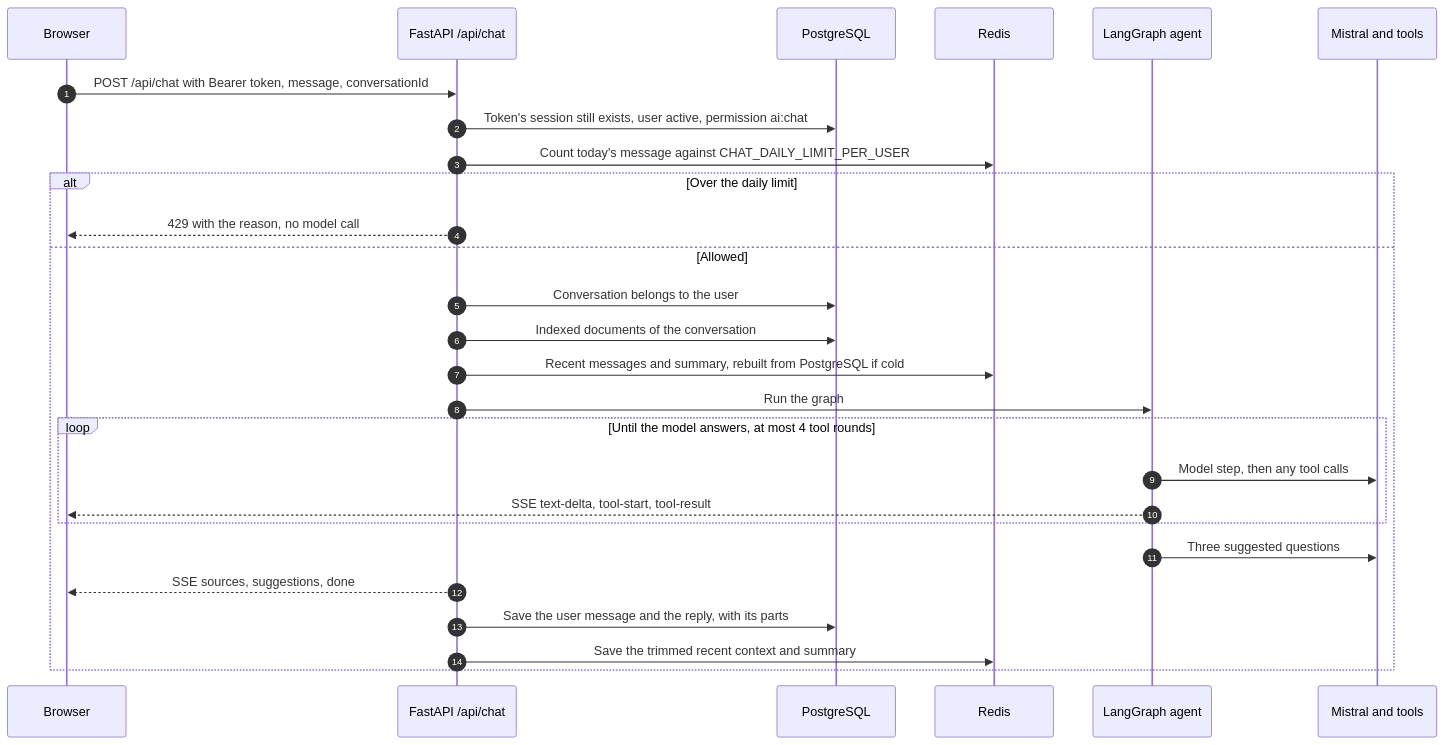
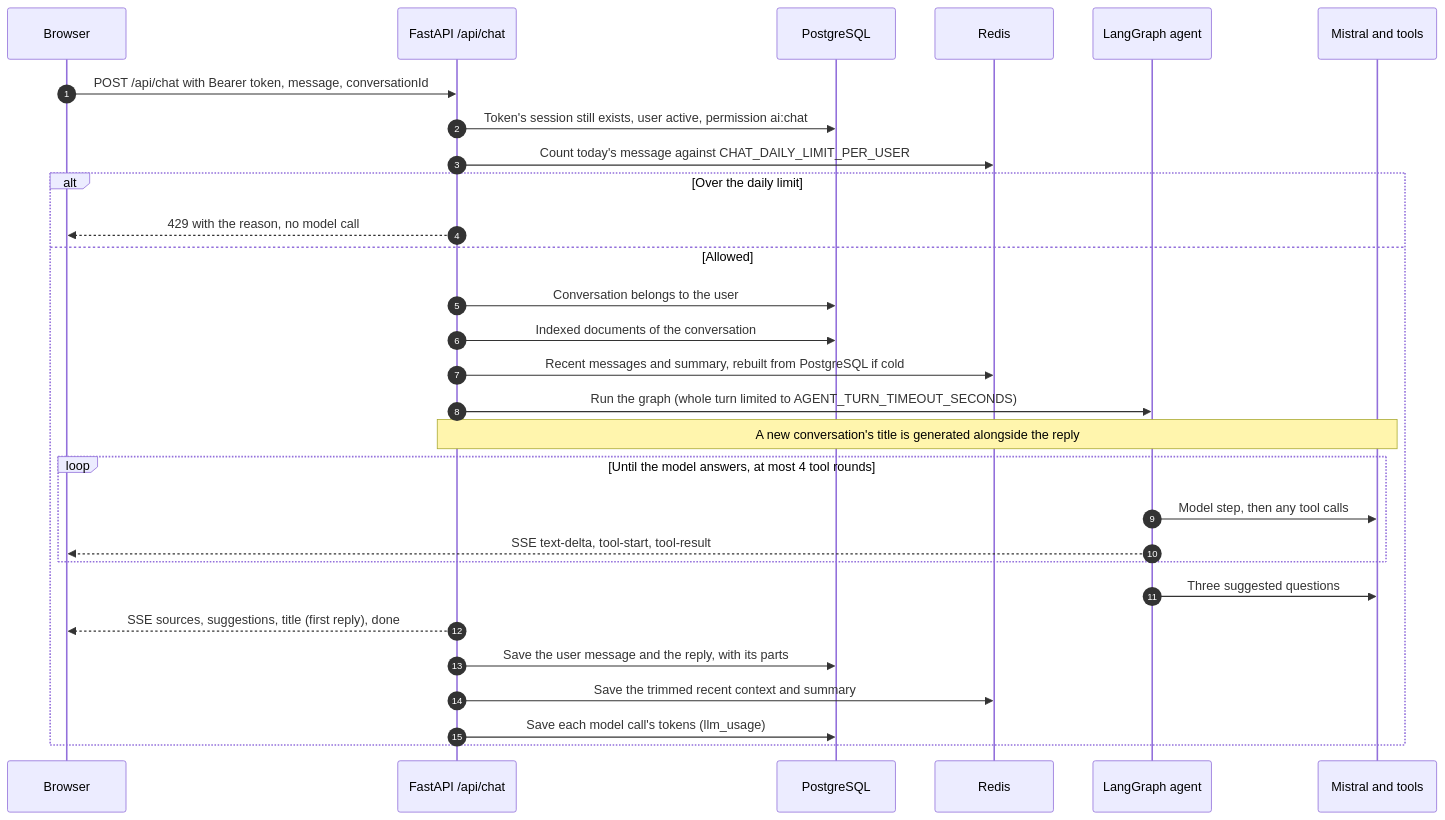
The first of 3 diagrams in backend/README.md (rxzin/chatbot), drawn with Mermaid before and after one commit. The commit also changed other lines of this file and 10 other files, not shown here.

First line of the commit message:
Show live titles, block reply images, and add the Usage admin tab

````diff
--- a/backend/README.md
+++ b/backend/README.md
@@ -96,30 +101,32 @@
 ```mermaid
 sequenceDiagram
   autonumber
   participant B as Browser
   participant A as FastAPI /api/chat
   participant P as PostgreSQL
   participant R as Redis
   participant G as LangGraph agent
   participant X as Mistral and tools
 
   B->>A: POST /api/chat with Bearer token, message, conversationId
   A->>P: Token's session still exists, user active, permission ai:chat
   A->>R: Count today's message against CHAT_DAILY_LIMIT_PER_USER
   alt Over the daily limit
     A-->>B: 429 with the reason, no model call
   else Allowed
     A->>P: Conversation belongs to the user
     A->>P: Indexed documents of the conversation
     A->>R: Recent messages and summary, rebuilt from PostgreSQL if cold
-    A->>G: Run the graph
+    A->>G: Run the graph (whole turn limited to AGENT_TURN_TIMEOUT_SECONDS)
+  Note over A,X: A new conversation's title is generated alongside the reply
     loop Until the model answers, at most 4 tool rounds
       G->>X: Model step, then any tool calls
       G-->>B: SSE text-delta, tool-start, tool-result
     end
     G->>X: Three suggested questions
-    A-->>B: SSE sources, suggestions, done
+    A-->>B: SSE sources, suggestions, title (first reply), done
     A->>P: Save the user message and the reply, with its parts
     A->>R: Save the trimmed recent context and summary
+    A->>P: Save each model call's tokens (llm_usage)
   end
 ```
````
